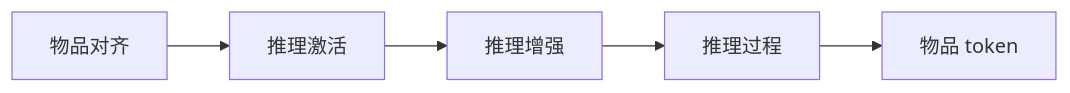
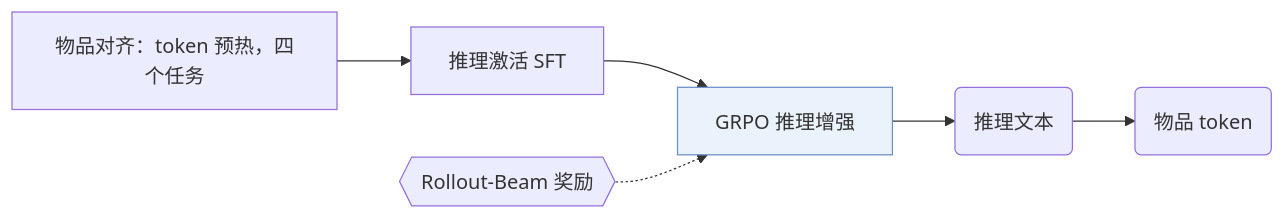
The first of 2 diagrams in notes/zh/onerec-think.md (Galaxy-ghost/Awesome-SID-Generative-Rec), drawn with Mermaid before and after one commit. The commit also changed other lines of this file and 521 other files, not shown here.

Commit message:
writer-04 part 3: algorithm diagrams with shared shape conventions, README hero and paper cards, archive removed

````diff
--- a/notes/zh/onerec-think.md
+++ b/notes/zh/onerec-think.md
@@ -14,7 +14,9 @@
 ```mermaid
 flowchart LR
-    A[物品对齐] --> B[推理激活]
-    B --> C[推理增强]
-    C --> D[推理过程]
-    D --> E[物品 token]
+    A["物品对齐：token 预热，四个任务"] --> B["推理激活 SFT"]
+    B --> C["GRPO 推理增强"]:::key
+    L1{{"Rollout-Beam 奖励"}} -.-> C
+    C --> D("推理文本")
+    D --> E("物品 token")
+    classDef key fill:#eaf2fb,stroke:#6b8fc7
 ```
````
